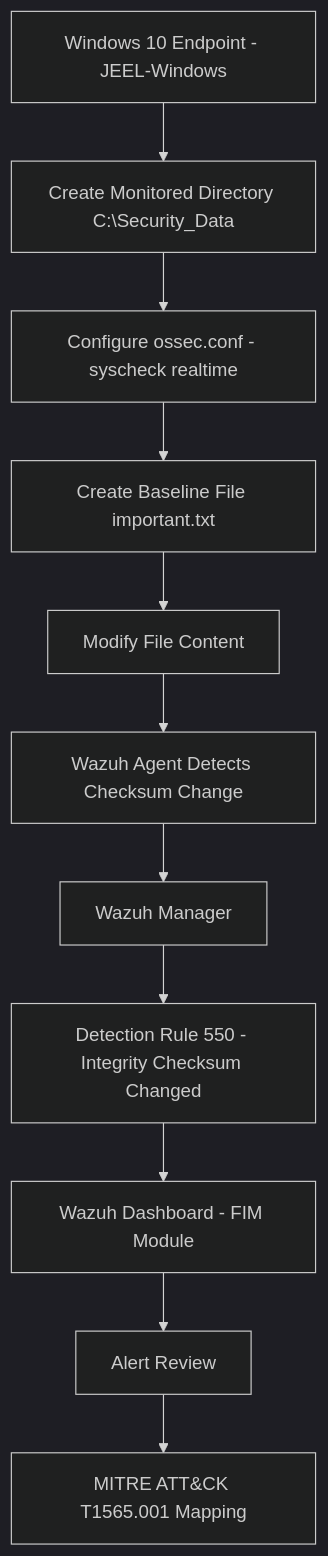
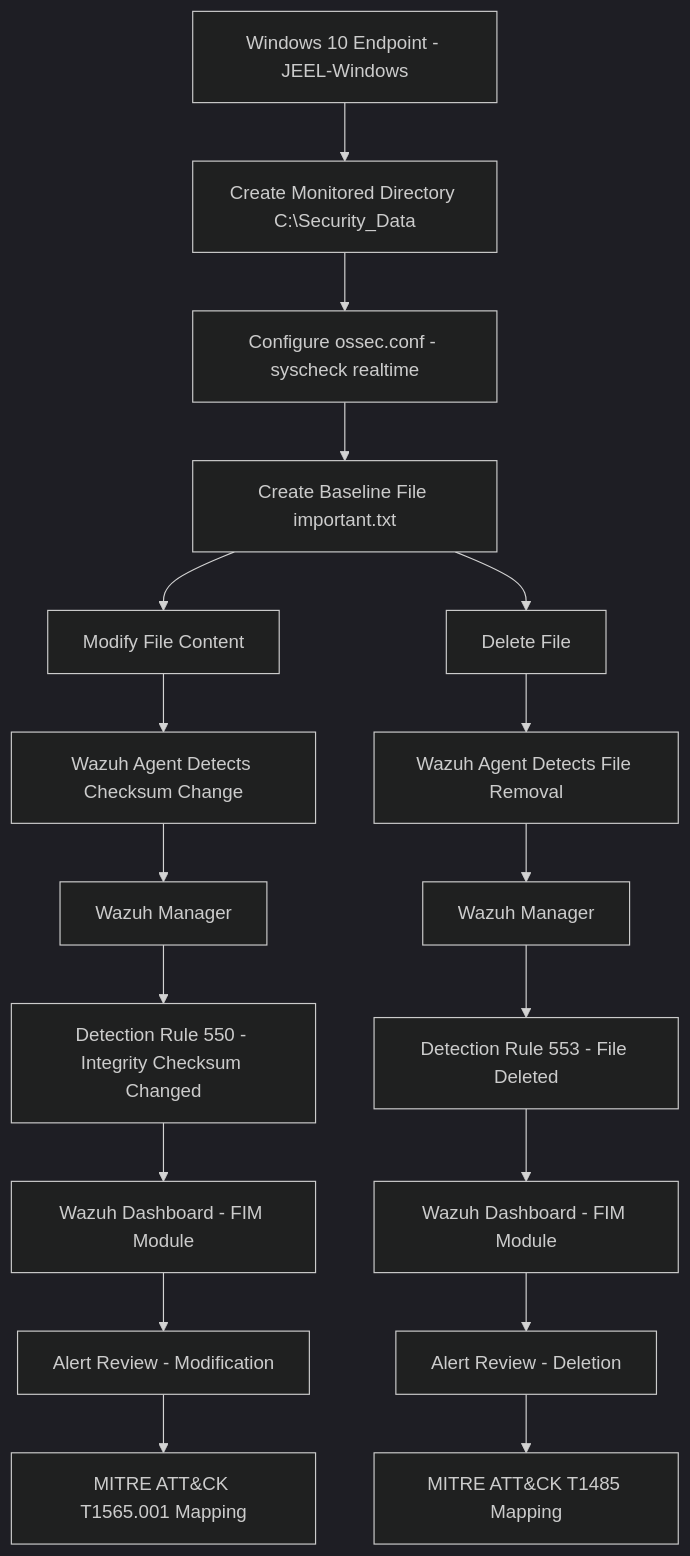
One commit to JeelAnghanSec/SOC-Portfolio changed the diagram in SOC-Home-Lab/05-Wazuh-File-Integrity-Monitoring/README.md. Above: the diagram before and after it, drawn with Mermaid (dark theme). The commit also changed other lines of this file, not shown here.

````diff
--- a/SOC-Home-Lab/05-Wazuh-File-Integrity-Monitoring/README.md
+++ b/SOC-Home-Lab/05-Wazuh-File-Integrity-Monitoring/README.md
@@ -26,13 +28,20 @@
 ```mermaid
 flowchart TD
     A[Windows 10 Endpoint - JEEL-Windows] --> B[Create Monitored Directory C:\Security_Data]
     B --> C[Configure ossec.conf - syscheck realtime]
     C --> D[Create Baseline File important.txt]
     D --> E[Modify File Content]
     E --> F[Wazuh Agent Detects Checksum Change]
     F --> G[Wazuh Manager]
     G --> H[Detection Rule 550 - Integrity Checksum Changed]
     H --> I[Wazuh Dashboard - FIM Module]
-    I --> J[Alert Review]
+    I --> J[Alert Review - Modification]
     J --> K[MITRE ATT&CK T1565.001 Mapping]
+    D --> L[Delete File]
+    L --> M[Wazuh Agent Detects File Removal]
+    M --> N[Wazuh Manager]
+    N --> O[Detection Rule 553 - File Deleted]
+    O --> P[Wazuh Dashboard - FIM Module]
+    P --> Q[Alert Review - Deletion]
+    Q --> R[MITRE ATT&CK T1485 Mapping]
 ```
````
